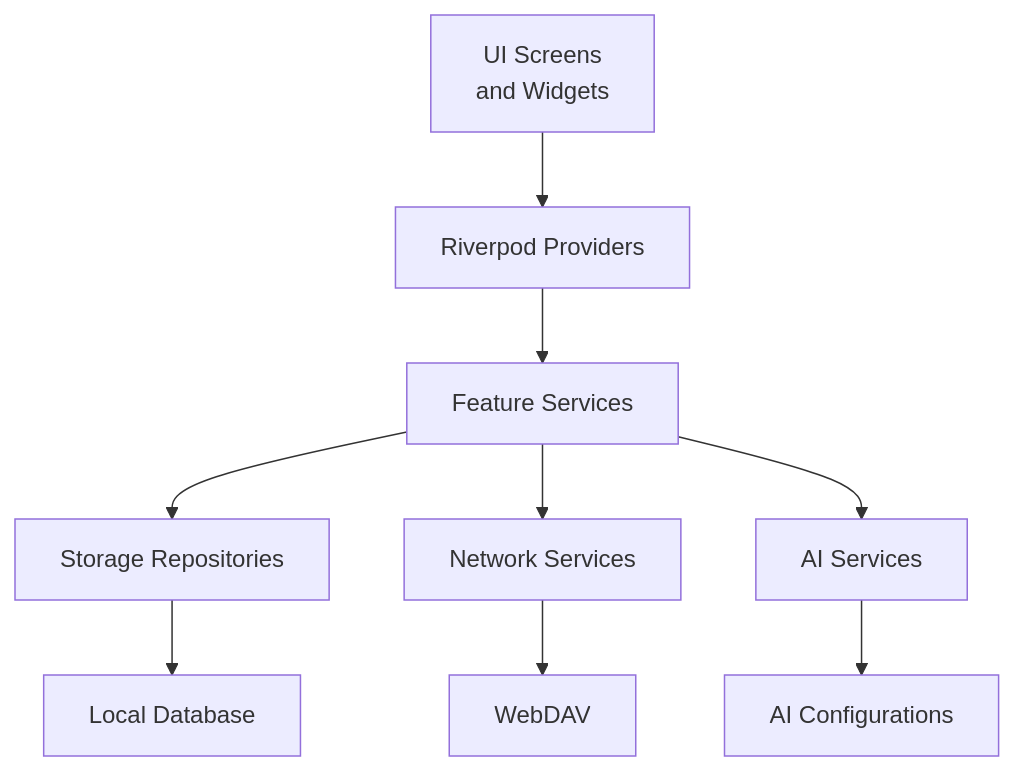
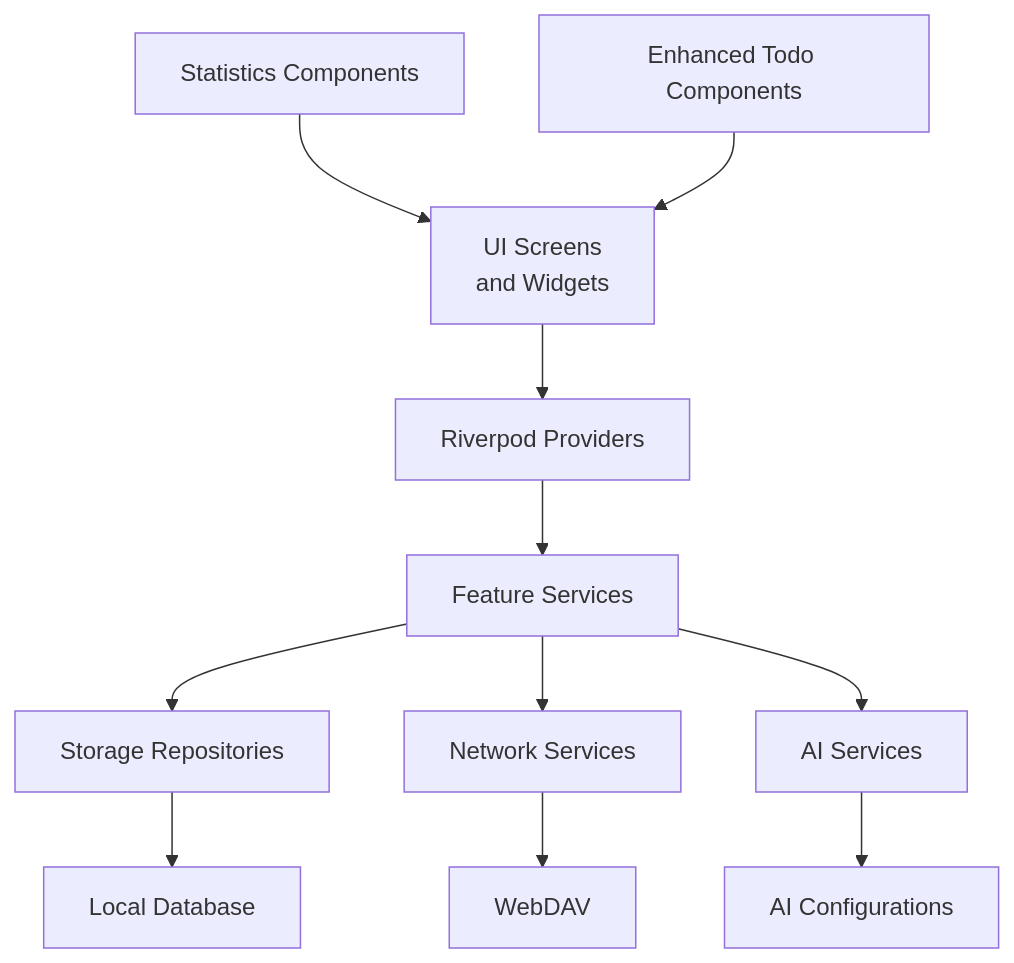
The second of 10 diagrams in .qoder/repowiki/en/content/Core Features/Core Features.md (favoroo/QNote), drawn with Mermaid before and after one commit. The commit also changed other lines of this file and 114 other files, not shown here.

````diff
--- a/.qoder/repowiki/en/content/Core Features/Core Features.md
+++ b/.qoder/repowiki/en/content/Core Features/Core Features.md
@@ -191,11 +224,13 @@
 ```mermaid
 graph TB
 UI["UI Screens<br/>and Widgets"] --> RP["Riverpod Providers"]
 RP --> SRV["Feature Services"]
 SRV --> REPO["Storage Repositories"]
 SRV --> NET["Network Services"]
 SRV --> AI["AI Services"]
 NET --> WD["WebDAV"]
 AI --> CFG["AI Configurations"]
 REPO --> DB["Local Database"]
+STATS["Statistics Components"] --> UI
+TODO["Enhanced Todo Components"] --> UI
 ```
````
